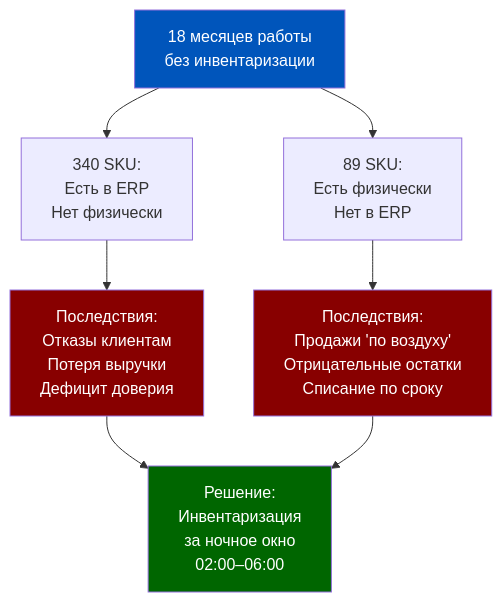
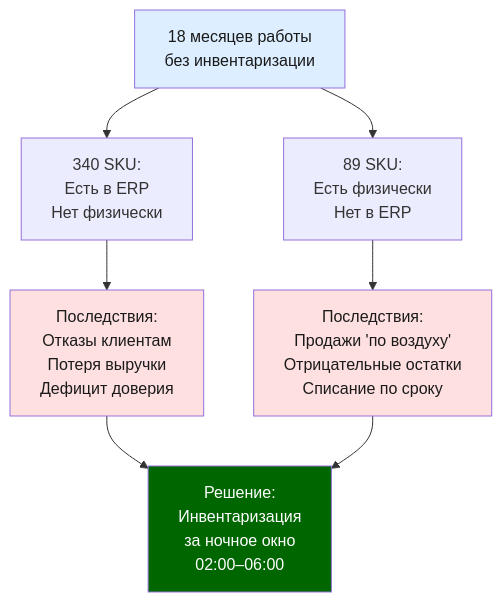
Before and after one commit to murad1986/1c-erp-quartz: the first of 7 diagrams in content/1c-erp/week_5/Неделя 5 - День 3 - Инвентаризация.md, drawn with Mermaid. The commit also changed other lines of this file and 57 other files, not shown here.

First line of the commit message:
fix: Mermaid — пастельные цвета в источниках диаграмм (56 файлов)

````diff
--- a/content/1c-erp/week_5/Неделя 5 - День 3 - Инвентаризация.md
+++ b/content/1c-erp/week_5/Неделя 5 - День 3 - Инвентаризация.md
@@ -51,16 +51,16 @@
 ```mermaid
 graph TD
     A["18 месяцев работы<br/>без инвентаризации"] --> B["340 SKU:<br/>Есть в ERP<br/>Нет физически"]
     A --> C["89 SKU:<br/>Есть физически<br/>Нет в ERP"]
 
     B --> D["Последствия:<br/>Отказы клиентам<br/>Потеря выручки<br/>Дефицит доверия"]
     C --> E["Последствия:<br/>Продажи 'по воздуху'<br/>Отрицательные остатки<br/>Списание по сроку"]
 
     D --> F["Решение:<br/>Инвентаризация<br/>за ночное окно<br/>02:00–06:00"]
     E --> F
 
-    style A fill:#0055BB,color:#fff
+    style A fill:#dceeff,color:#1a1a1a
     style F fill:#006600,color:#fff
-    style D fill:#880000,color:#fff
-    style E fill:#880000,color:#fff
+    style D fill:#ffe0e0,color:#1a1a1a
+    style E fill:#ffe0e0,color:#1a1a1a
 ```
````
